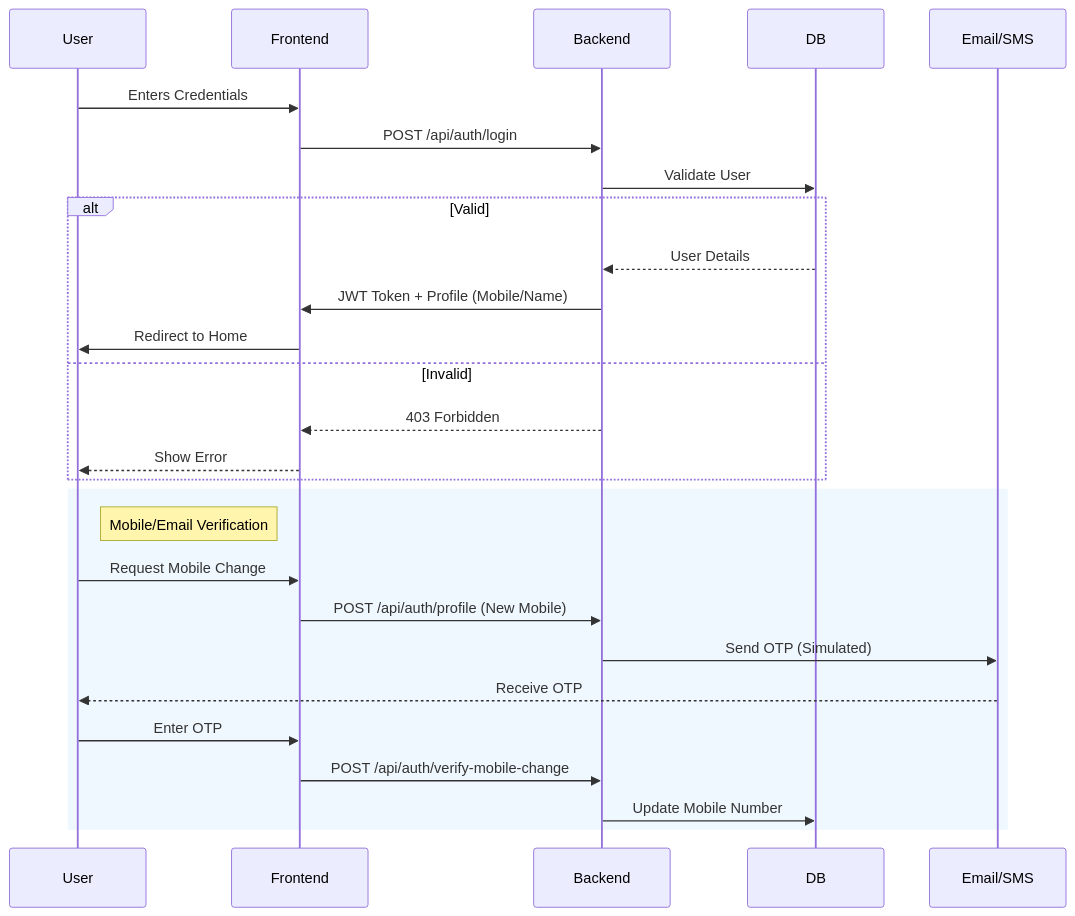
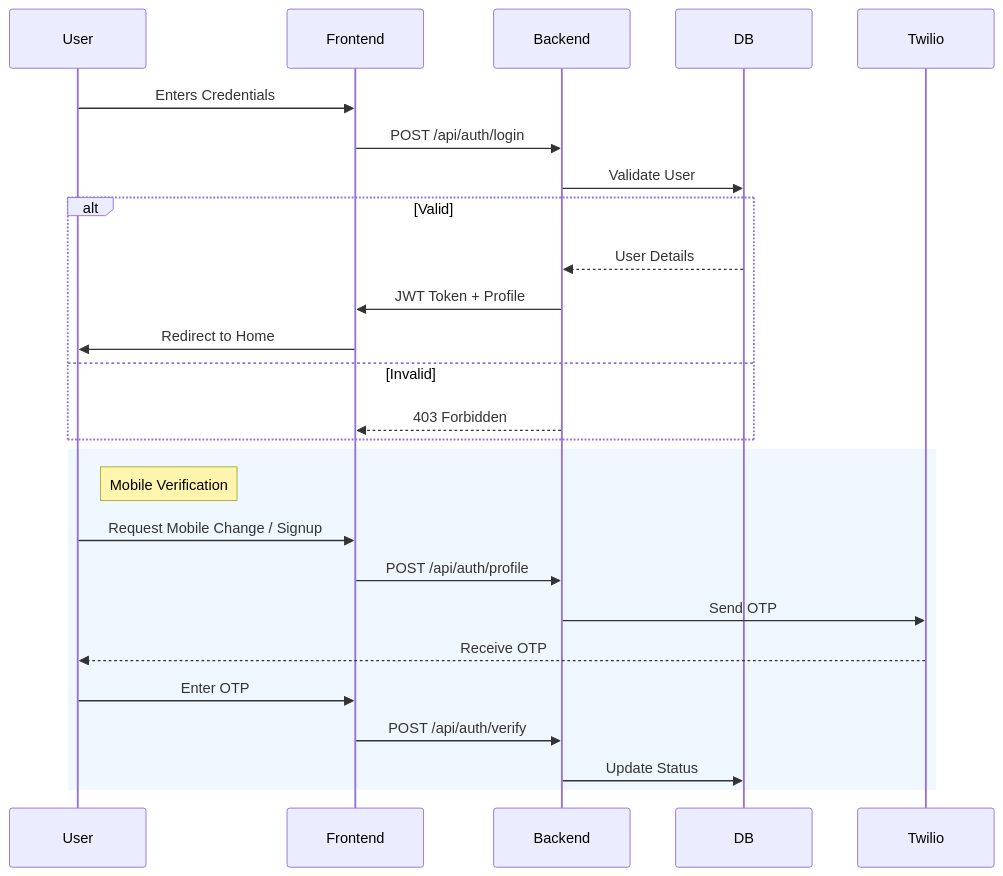
One commit to kiruthik04/smart-restaurant-system changed the second of 2 diagrams in README.md. Above: the diagram before and after it, drawn with Mermaid. The commit also changed other lines of this file, not shown here.

````diff
--- a/README.md
+++ b/README.md
@@ -26,31 +86,30 @@
 ```mermaid
 sequenceDiagram
     participant User
     participant Frontend
     participant Backend
     participant DB
-    participant Email/SMS
+    participant Twilio
 
     User->>Frontend: Enters Credentials
     Frontend->>Backend: POST /api/auth/login
     Backend->>DB: Validate User
     alt Valid
         DB-->>Backend: User Details
-        Backend->>Frontend: JWT Token + Profile (Mobile/Name)
+        Backend->>Frontend: JWT Token + Profile
         Frontend->>User: Redirect to Home
     else Invalid
         Backend-->>Frontend: 403 Forbidden
-        Frontend-->>User: Show Error
     end
     
     rect rgb(240, 248, 255)
-    note right of User: Mobile/Email Verification
-    User->>Frontend: Request Mobile Change
-    Frontend->>Backend: POST /api/auth/profile (New Mobile)
-    Backend->>Email/SMS: Send OTP (Simulated)
-    Email/SMS-->>User: Receive OTP
+    note right of User: Mobile Verification
+    User->>Frontend: Request Mobile Change / Signup
+    Frontend->>Backend: POST /api/auth/profile
+    Backend->>Twilio: Send OTP
+    Twilio-->>User: Receive OTP
     User->>Frontend: Enter OTP
-    Frontend->>Backend: POST /api/auth/verify-mobile-change
-    Backend->>DB: Update Mobile Number
+    Frontend->>Backend: POST /api/auth/verify
+    Backend->>DB: Update Status
     end
 ```
````
